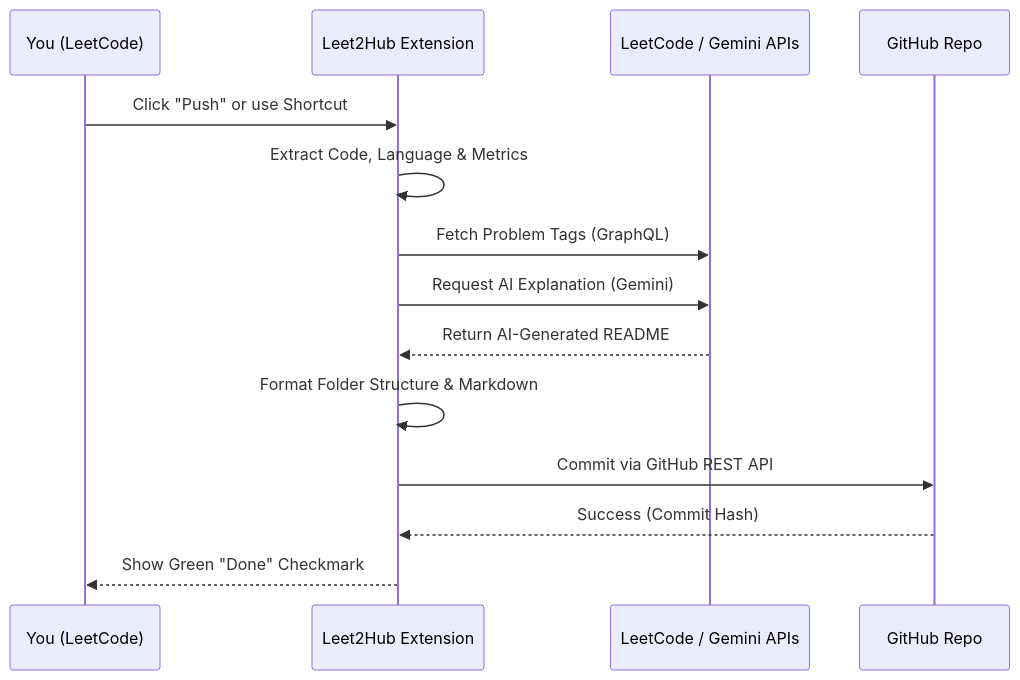
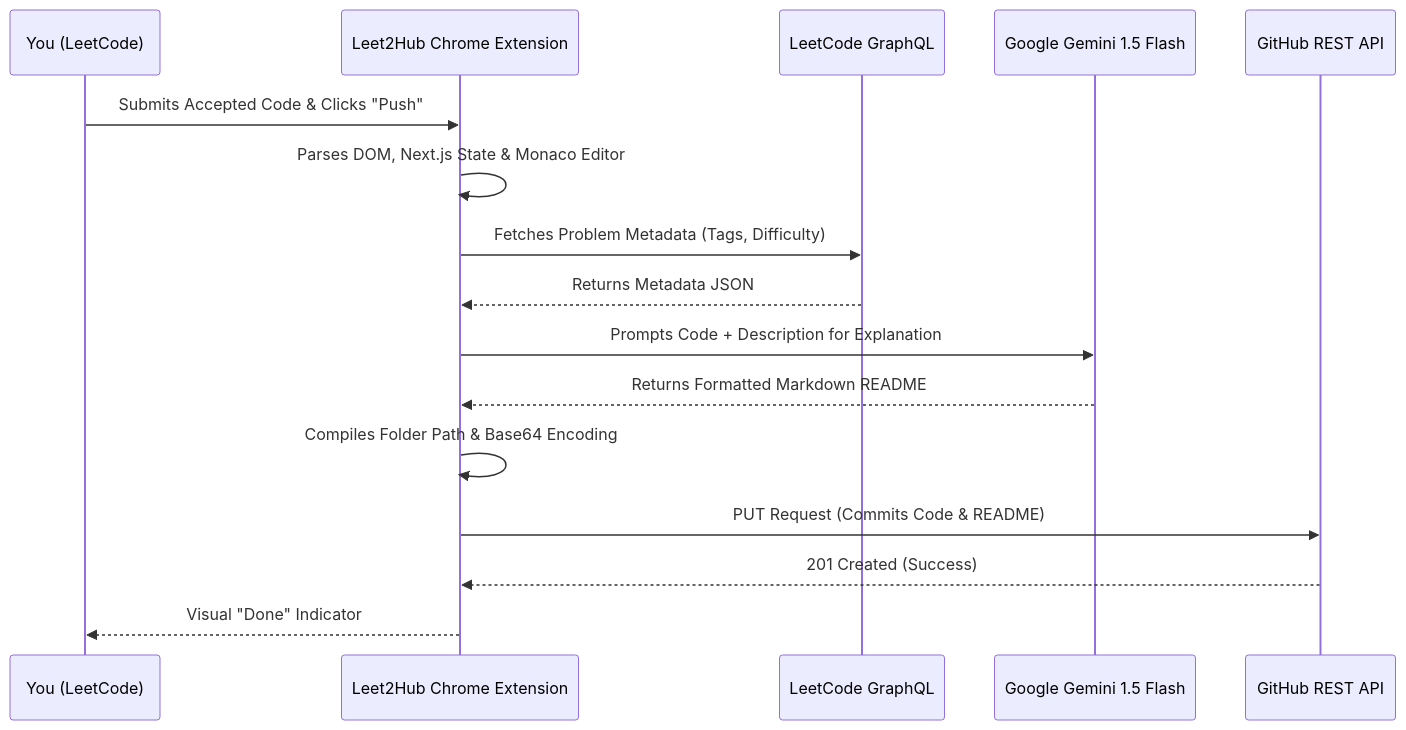
One commit to Anuj-er/leet2hub changed the first of 3 diagrams in Leet2Hub-Extension/README.md. Above: the diagram before and after it, drawn with Mermaid. The commit also changed other lines of this file and 10 other files, not shown here.

Commit message:
docs, fix, feat: massive update to Leet2Hub (v1.2.2)

````diff
--- a/Leet2Hub-Extension/README.md
+++ b/Leet2Hub-Extension/README.md
@@ -35,17 +48,19 @@
 ```mermaid
 sequenceDiagram
     participant User as You (LeetCode)
-    participant L2H as Leet2Hub Extension
-    participant API as LeetCode / Gemini APIs
-    participant GH as GitHub Repo
+    participant L2H as Leet2Hub Chrome Extension
+    participant LC as LeetCode GraphQL
+    participant Gemini as Google Gemini 1.5 Flash
+    participant GH as GitHub REST API
 
-    User->>L2H: Click "Push" or use Shortcut
-    L2H->>L2H: Extract Code, Language & Metrics
-    L2H->>API: Fetch Problem Tags (GraphQL)
-    L2H->>API: Request AI Explanation (Gemini)
-    API-->>L2H: Return AI-Generated README
-    L2H->>L2H: Format Folder Structure & Markdown
-    L2H->>GH: Commit via GitHub REST API
-    GH-->>L2H: Success (Commit Hash)
-    L2H-->>User: Show Green "Done" Checkmark
+    User->>L2H: Submits Accepted Code & Clicks "Push"
+    L2H->>L2H: Parses DOM, Next.js State & Monaco Editor
+    L2H->>LC: Fetches Problem Metadata (Tags, Difficulty)
+    LC-->>L2H: Returns Metadata JSON
+    L2H->>Gemini: Prompts Code + Description for Explanation
+    Gemini-->>L2H: Returns Formatted Markdown README
+    L2H->>L2H: Compiles Folder Path & Base64 Encoding
+    L2H->>GH: PUT Request (Commits Code & README)
+    GH-->>L2H: 201 Created (Success)
+    L2H-->>User: Visual "Done" Indicator
 ```
````
